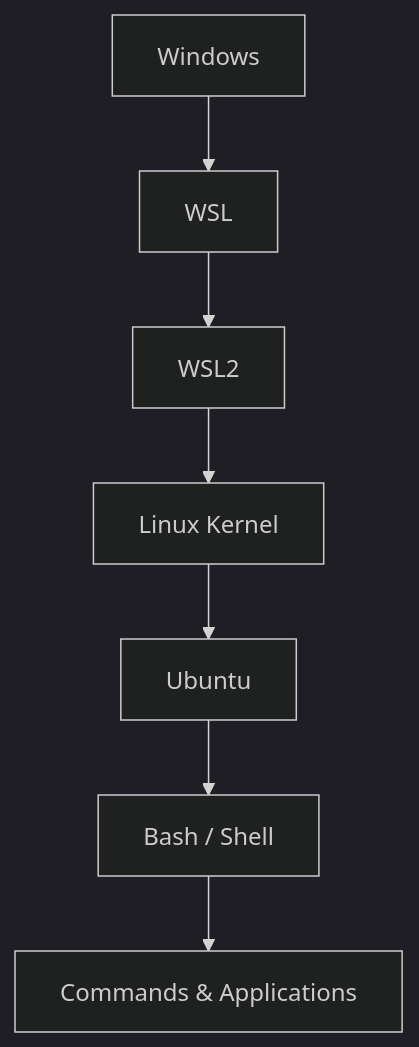
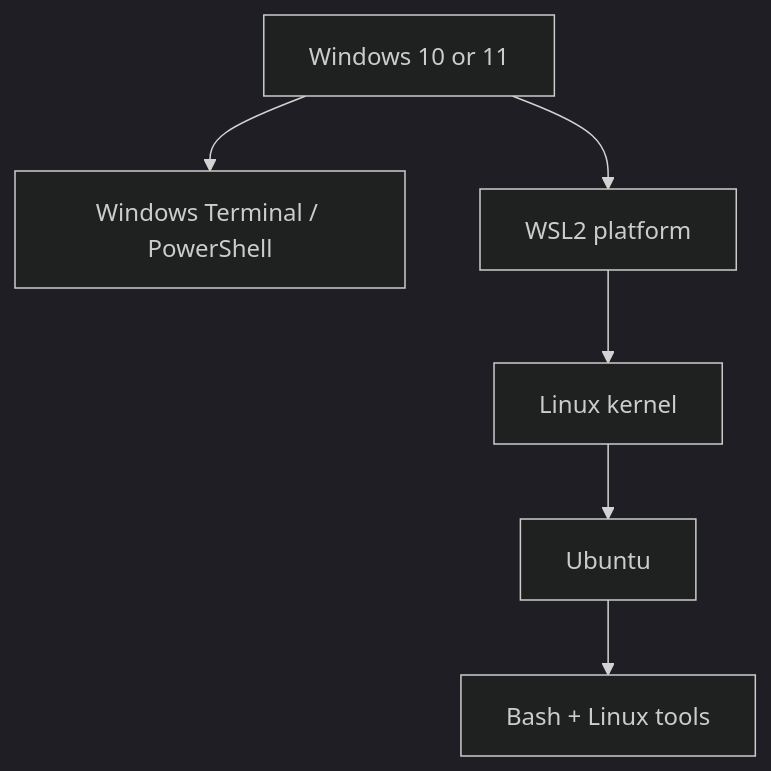
One commit to TapanKumarBarik/Backend-roadmap changed the first of 2 diagrams in learn/01-linux/00-setup-wsl2/README.md. Above: the diagram before and after it, drawn with Mermaid (dark theme). The commit also changed other lines of this file and 16 other files, not shown here.

````diff
--- a/learn/01-linux/00-setup-wsl2/README.md
+++ b/learn/01-linux/00-setup-wsl2/README.md
@@ -330,18 +29,8 @@
 ```mermaid
-flowchart TB
-
-    A["Windows"]
-    B["WSL"]
-    C["WSL2"]
-    D["Linux Kernel"]
-    E["Ubuntu"]
-    F["Bash / Shell"]
-    G["Commands & Applications"]
-
-    A --> B
-    B --> C
-    C --> D
-    D --> E
-    E --> F
-    F --> G
+flowchart TD
+    W["Windows 10 or 11"] --> T["Windows Terminal / PowerShell"]
+    W --> S["WSL2 platform"]
+    S --> K["Linux kernel"]
+    K --> U["Ubuntu"]
+    U --> B["Bash + Linux tools"]
 ```
````
